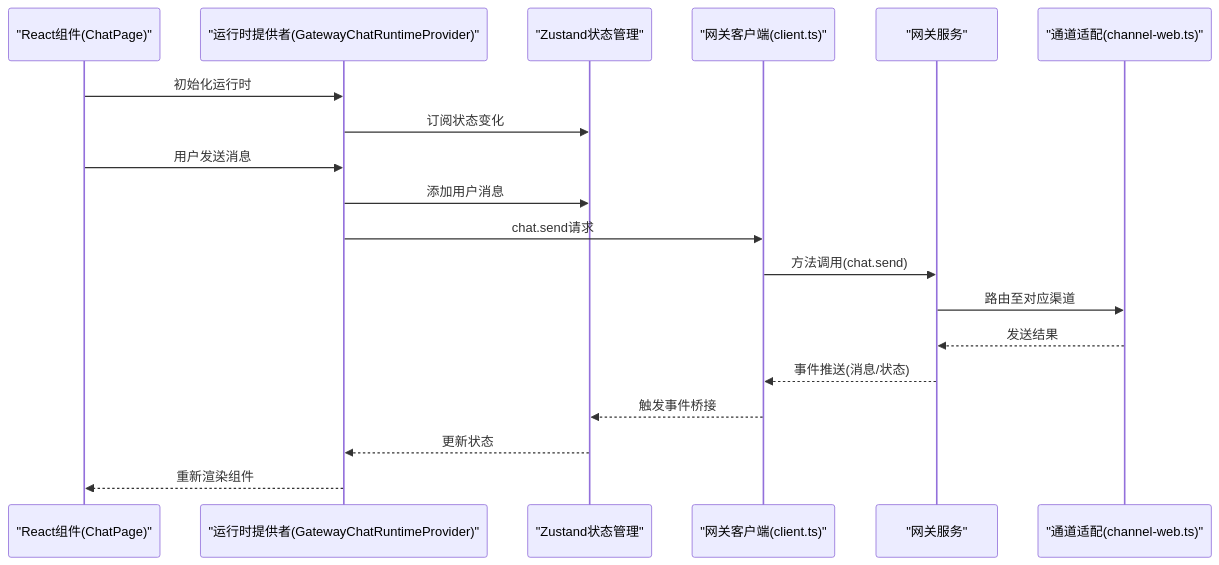
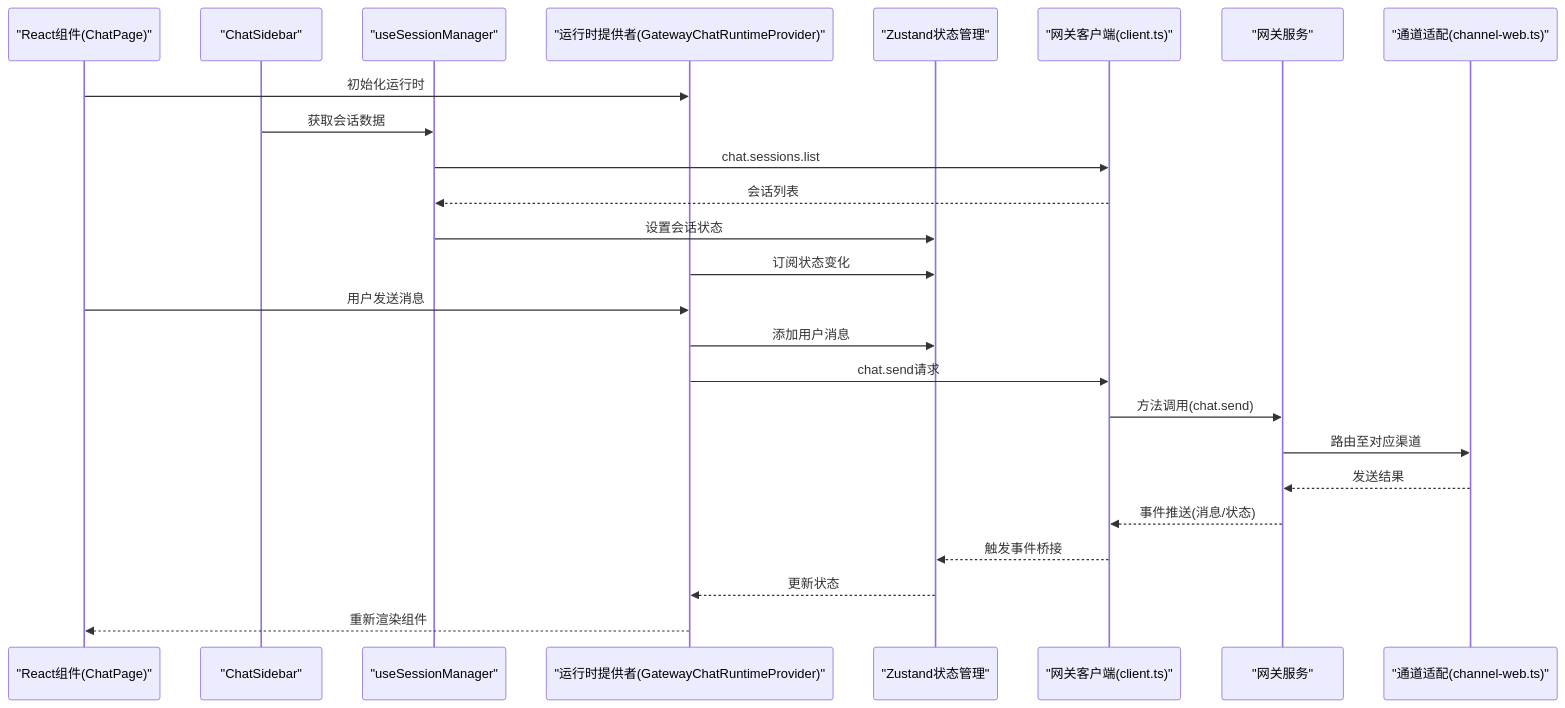
One commit to verse-ai-org/openclaw changed the second of 12 diagrams in .qoder/repowiki/zh/content/Web界面/WebChat界面.md. Above: the diagram before and after it, drawn with Mermaid. The commit also changed other lines of this file and 46 other files, not shown here.

````diff
--- a/.qoder/repowiki/zh/content/Web界面/WebChat界面.md
+++ b/.qoder/repowiki/zh/content/Web界面/WebChat界面.md
@@ -170,21 +185,27 @@
 ```mermaid
 sequenceDiagram
 participant UI as "React组件(ChatPage)"
+participant Sidebar as "ChatSidebar"
+participant SessionManager as "useSessionManager"
 participant Runtime as "运行时提供者(GatewayChatRuntimeProvider)"
 participant Store as "Zustand状态管理"
 participant Client as "网关客户端(client.ts)"
 participant Gateway as "网关服务"
 participant Channel as "通道适配(channel-web.ts)"
 UI->>Runtime : 初始化运行时
+Sidebar->>SessionManager : 获取会话数据
+SessionManager->>Client : chat.sessions.list
+Client-->>SessionManager : 会话列表
+SessionManager->>Store : 设置会话状态
 Runtime->>Store : 订阅状态变化
 UI->>Runtime : 用户发送消息
 Runtime->>Store : 添加用户消息
 Runtime->>Client : chat.send请求
 Client->>Gateway : 方法调用(chat.send)
 Gateway->>Channel : 路由至对应渠道
 Channel-->>Gateway : 发送结果
 Gateway-->>Client : 事件推送(消息/状态)
 Client-->>Store : 触发事件桥接
 Store-->>Runtime : 更新状态
 Runtime-->>UI : 重新渲染组件
 ```
````
